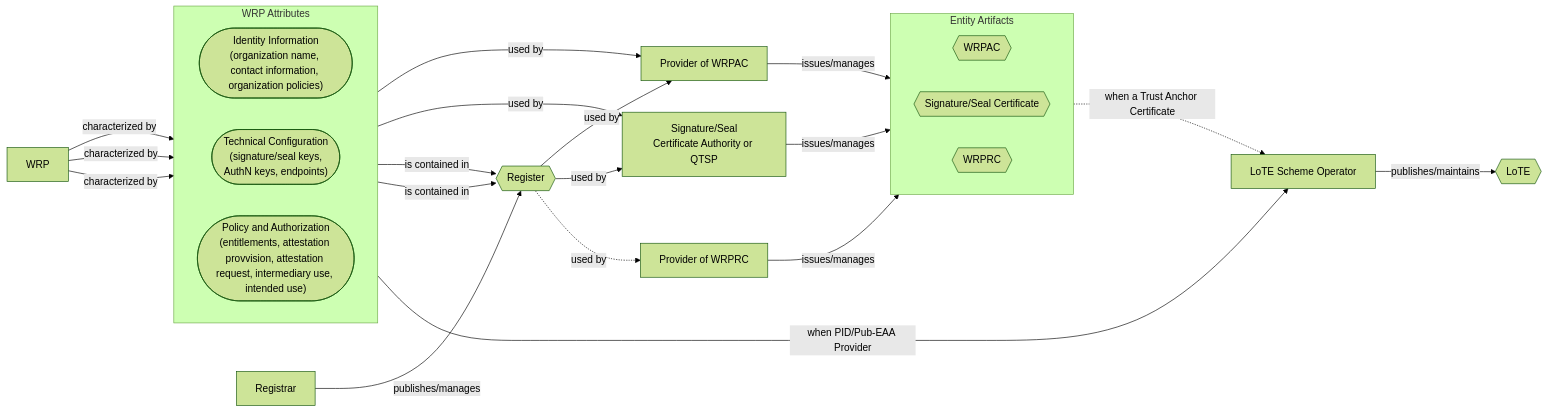
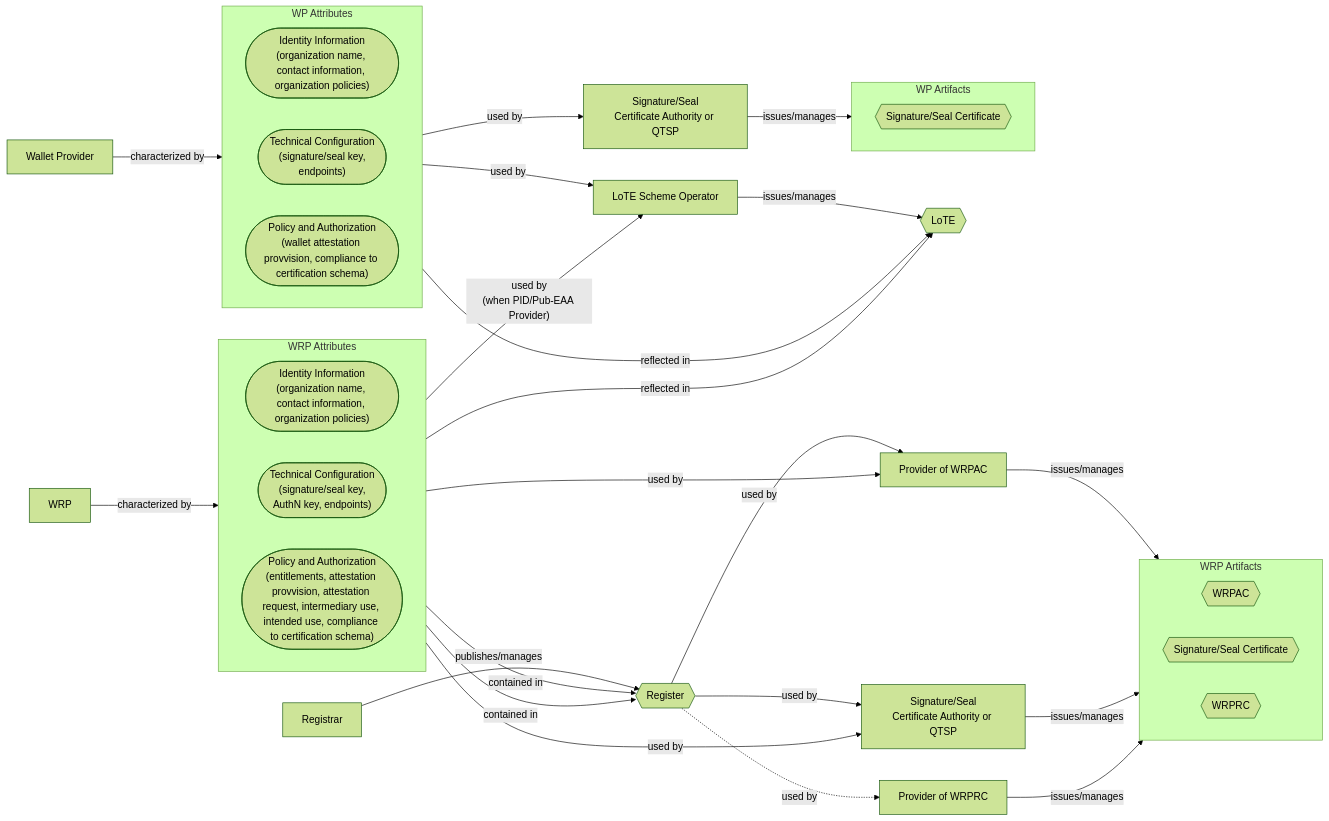
One commit to APTITUDE-Consortium/wp2-trust-specifications changed the second of 4 diagrams in docs/topics/trust-management-process.md. Above: the diagram before and after it, drawn with Mermaid (forest theme). The commit also changed other lines of this file, not shown here.

````diff
--- a/docs/topics/trust-management-process.md
+++ b/docs/topics/trust-management-process.md
@@ -177,50 +106,70 @@
 ```mermaid
 flowchart LR
     wrp["WRP"]
 
     subgraph abst["WRP Attributes"]
         direction LR
         id(["Identity Information<br>(organization name, contact information, organization policies)"])
-        tech(["Technical Configuration<br>(signature/seal keys,<br>AuthN keys, endpoints)"])
-        authz(["Policy and Authorization<br>(entitlements, attestation provvision, attestation request, intermediary use, intended use)"])
+        tech(["Technical Configuration<br>(signature/seal key,<br>AuthN key, endpoints)"])
+        authz(["Policy and Authorization<br>(entitlements, attestation provvision, attestation request, intermediary use, intended use, compliance to certification schema)"])
     end
 
-    subgraph arti["Entity Artifacts"]
+    subgraph arti["WRP Artifacts"]
         direction LR
         ac{{"WRPAC"}}
         csig{{"Signature/Seal Certificate"}}
         rc{{"WRPRC"}}
     end
 
     tl{{"LoTE"}}
     reg{{"Register"}}
 
     ca["Signature/Seal<br>Certificate Authority or QTSP"]
     acca["Provider of WRPAC"]
     rcca["Provider of WRPRC"]
     ent_reg["Registrar"]
     tlp["LoTE Scheme Operator"]
 
     ent_reg --"publishes/manages"--> reg
-    wrp --"characterized by"--> id
-    wrp --"characterized by"--> tech
-    wrp --"characterized by"--> authz
+    wrp --"characterized by"--> abst
 
     reg --"used by"--> acca
     tech --"used by"--> acca
     acca --"issues/manages"--> ac
 
     reg --"used by"--> ca
     tech --"used by"--> ca
     ca --"issues/manages"--> csig
 
     reg -."used by".-> rcca
     rcca --"issues/manages"--> rc
 
-    id --"is contained in"--> reg
-    authz --"is contained in"--> reg
+    id --"contained in"--> reg
+    authz --"reflected in"--> tl
+    authz --"contained in"--> reg
+    abst --"used by<br>(when PID/Pub-EAA Provider)"--> tlp
+    tlp --"issues/manages"--> tl
+    
 
-    csig -."when a Trust Anchor Certificate".-> tlp
-    abst --"when PID/Pub-EAA Provider"--> tlp
-    tlp --"publishes/maintains"--> tl
+    wp["Wallet Provider"]
+
+    subgraph abst_wp["WP Attributes"]
+        direction LR
+        id_wp(["Identity Information<br>(organization name, contact information, organization policies)"])
+        tech_wp(["Technical Configuration<br>(signature/seal key,<br>endpoints)"])
+        authz_wp(["Policy and Authorization<br>(wallet attestation provvision, compliance to certification schema)"])
+    end
+
+    subgraph arti_wp["WP Artifacts"]
+        direction LR
+        csig_wp{{"Signature/Seal Certificate"}}
+    end
+    ca_wp["Signature/Seal<br>Certificate Authority or QTSP"]
+
+    wp --"characterized by"--> abst_wp
+    authz_wp --"reflected in"--> tl
+    tech_wp --"used by"--> ca_wp
+    ca_wp --"issues/manages"--> csig_wp
+
+    abst_wp --"used by"--> tlp
 ```
````
